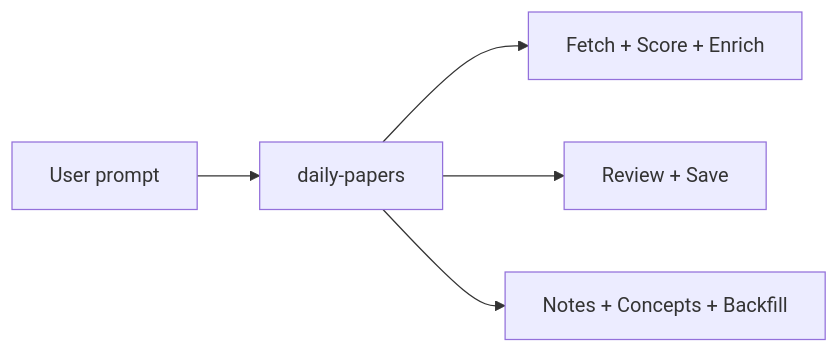
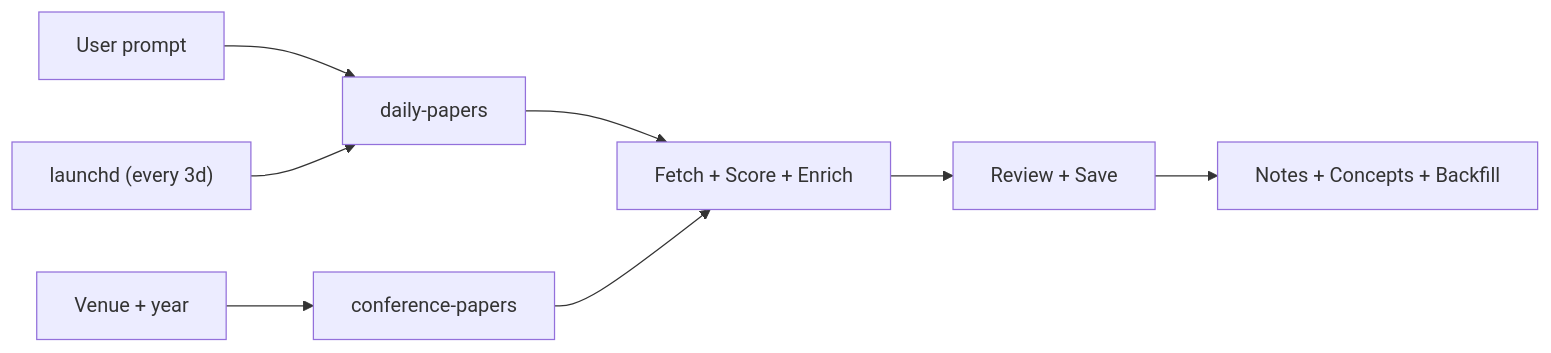
The diagram in README.md (Stella-123-spu/Paper_Recommendation), drawn with Mermaid before and after one commit. The commit also changed other lines of this file, not shown here.

Commit message:
Add conference-papers skill; sync wiki backfill helpers and SKILL.md chain

````diff
--- a/README.md
+++ b/README.md
@@ -119,7 +143,10 @@
 ```mermaid
 flowchart LR
     A["User prompt"] --> B["daily-papers"]
+    A2["Venue + year"] --> B2["conference-papers"]
+    L["launchd (every 3d)"] --> B
     B --> C["Fetch + Score + Enrich"]
-    B --> D["Review + Save"]
-    B --> E["Notes + Concepts + Backfill"]
+    B2 --> C
+    C --> D["Review + Save"]
+    D --> E["Notes + Concepts + Backfill"]
 ```
````
